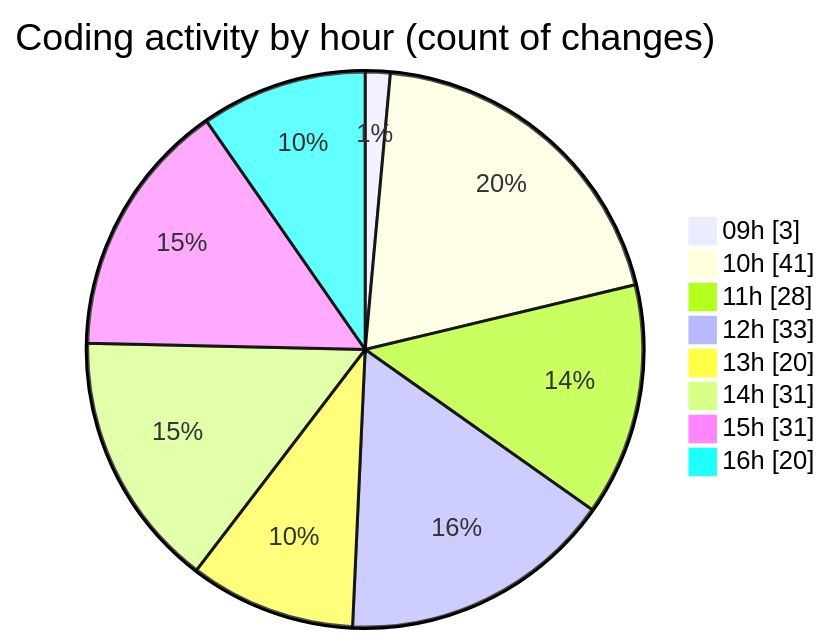
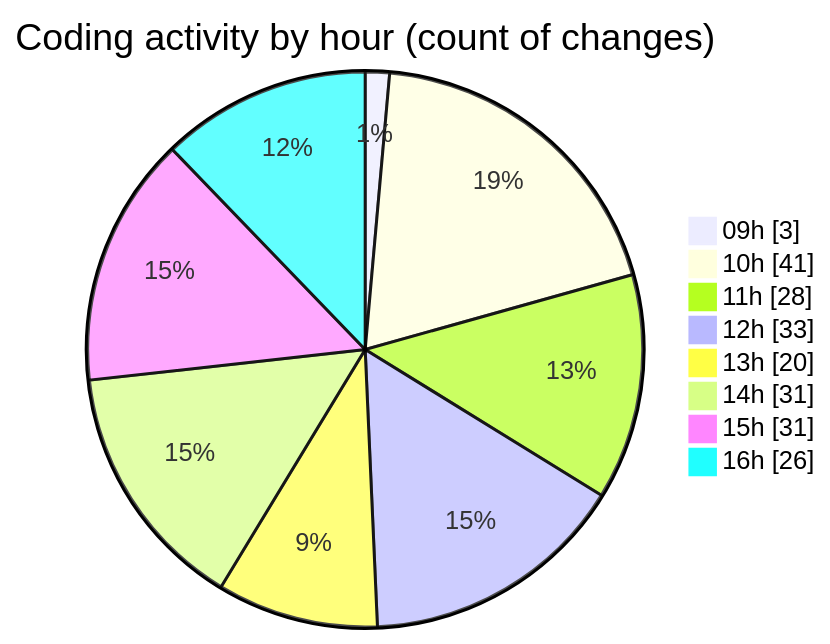
One commit to CELIANVF/code-tracking changed the second of 2 diagrams in 2025-05-19/ecodeli-1/README.md. Above: the diagram before and after it, drawn with Mermaid. The commit also changed other lines of this file and 1 other file, not shown here.

````diff
--- a/2025-05-19/ecodeli-1/README.md
+++ b/2025-05-19/ecodeli-1/README.md
@@ -90,12 +90,12 @@
 ```mermaid
 pie showData
 title Coding activity by hour (count of changes)
 "09h" : 3
 "10h" : 41
 "11h" : 28
 "12h" : 33
 "13h" : 20
 "14h" : 31
 "15h" : 31
-"16h" : 20
+"16h" : 26
 ```
````
